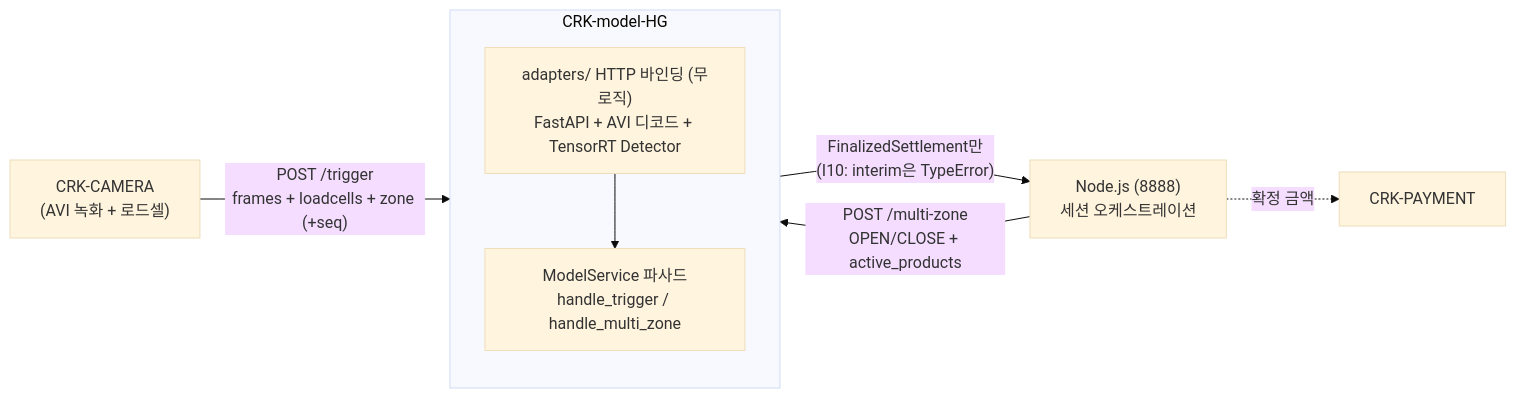
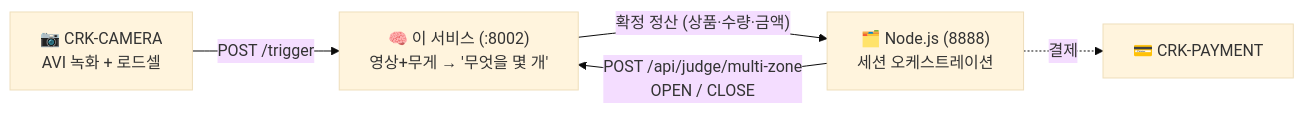
The diagram in README.md (CHAI-Student/CRK-model-HG), drawn with Mermaid (base theme) before and after one commit. The commit also changed other lines of this file and 76 other files, not shown here.

````diff
--- a/README.md
+++ b/README.md
@@ -327,17 +37,12 @@
 ```mermaid
 flowchart LR
-    CAM["CRK-CAMERA<br/>(AVI 녹화 + 로드셀)"]
-    NODE["Node.js (8888)<br/>세션 오케스트레이션"]
-    subgraph HG["CRK-model-HG"]
-        direction TB
-        ADPT["adapters/ HTTP 바인딩 (무로직)<br/>FastAPI + AVI 디코드 + TensorRT Detector"]
-        FAC["ModelService 파사드<br/>handle_trigger / handle_multi_zone"]
-        ADPT --> FAC
-    end
-    PAY["CRK-PAYMENT"]
+    CAM["📷 CRK-CAMERA<br/>AVI 녹화 + 로드셀"]
+    NODE["🗂️ Node.js (8888)<br/>세션 오케스트레이션"]
+    HG["🧠 이 서비스 (:8002)<br/>영상+무게 → '무엇을 몇 개'"]
+    PAY["💳 CRK-PAYMENT"]
 
-    CAM -- "POST /trigger<br/>frames + loadcells + zone (+seq)" --> ADPT
-    NODE -- "POST /multi-zone<br/>OPEN/CLOSE + active_products" --> ADPT
-    FAC -- "FinalizedSettlement만<br/>(I10: interim은 TypeError)" --> NODE
-    NODE -. "확정 금액" .-> PAY
+    CAM -- "POST /trigger" --> HG
+    NODE -- "POST /api/judge/multi-zone<br/>OPEN / CLOSE" --> HG
+    HG -- "확정 정산 (상품·수량·금액)" --> NODE
+    NODE -. "결제" .-> PAY
 ```
````
